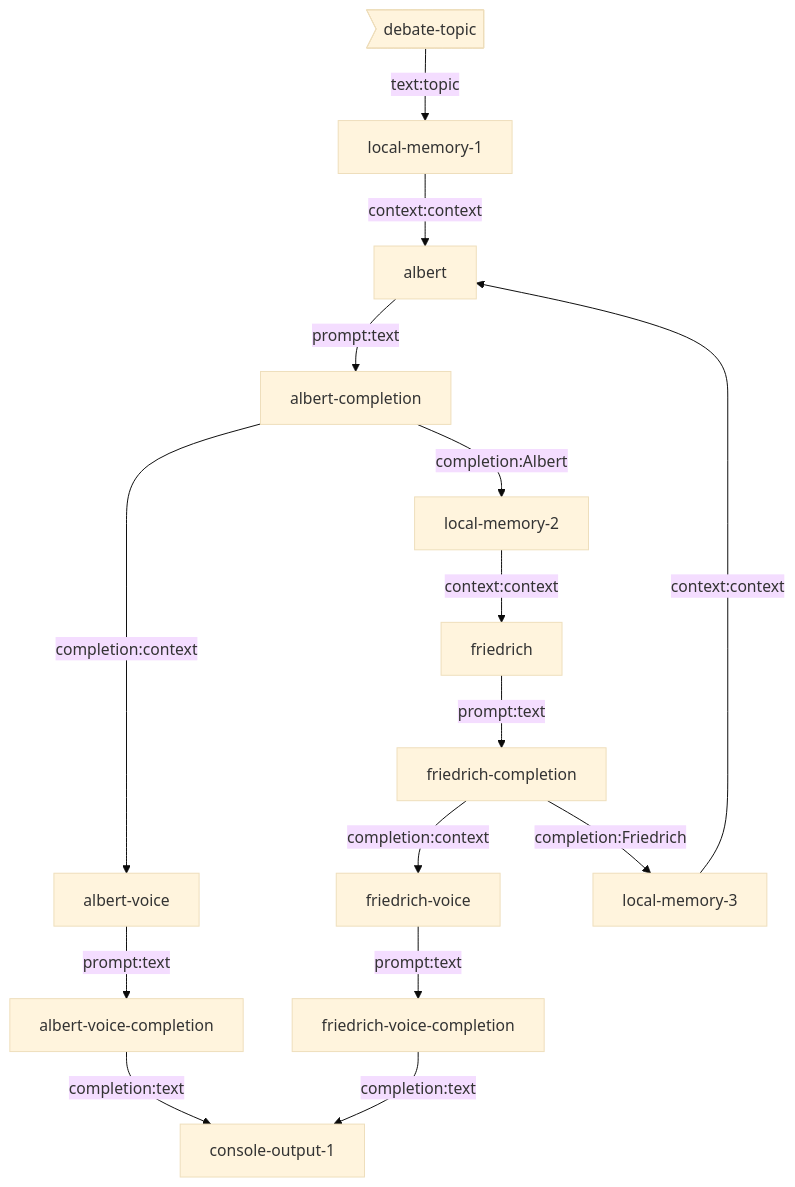
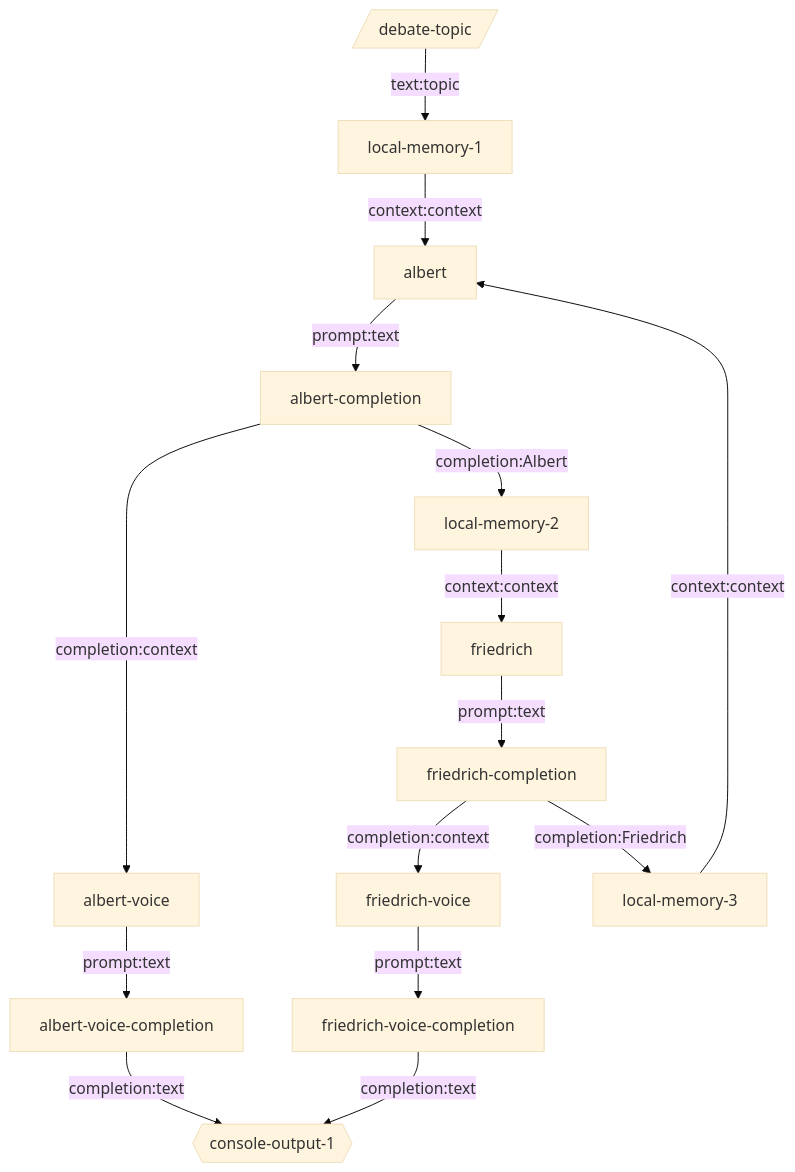
One commit to breadboard-ai/breadboard changed the diagram in seeds/graph-playground/docs/graphs/endless-debate-with-voice.md. Above: the diagram before and after it, drawn with Mermaid (base theme). The commit also changed 11 other files, not shown here.

Commit message:
[graph-playground] Update diagrams.

````diff
--- a/seeds/graph-playground/docs/graphs/endless-debate-with-voice.md
+++ b/seeds/graph-playground/docs/graphs/endless-debate-with-voice.md
@@ -4,17 +4,17 @@
 ```mermaid
 graph TD;
-debate-topic>debate-topic] -- text:topic --> local-memory-1
+debate-topic[/debate-topic/] -- text:topic --> local-memory-1
 local-memory-1 -- context:context --> albert
 albert -- prompt:text --> albert-completion
 albert-completion -- completion:context --> albert-voice
 albert-voice -- prompt:text --> albert-voice-completion
-albert-voice-completion -- completion:text --> console-output-1
+albert-voice-completion -- completion:text --> console-output-1{{console-output-1}}
 albert-completion -- completion:Albert --> local-memory-2
 local-memory-2 -- context:context --> friedrich
 friedrich -- prompt:text --> friedrich-completion
 friedrich-completion -- completion:context --> friedrich-voice
 friedrich-voice -- prompt:text --> friedrich-voice-completion
-friedrich-voice-completion -- completion:text --> console-output-1
+friedrich-voice-completion -- completion:text --> console-output-1{{console-output-1}}
 friedrich-completion -- completion:Friedrich --> local-memory-3
 local-memory-3 -- context:context --> albert
 ```
````
